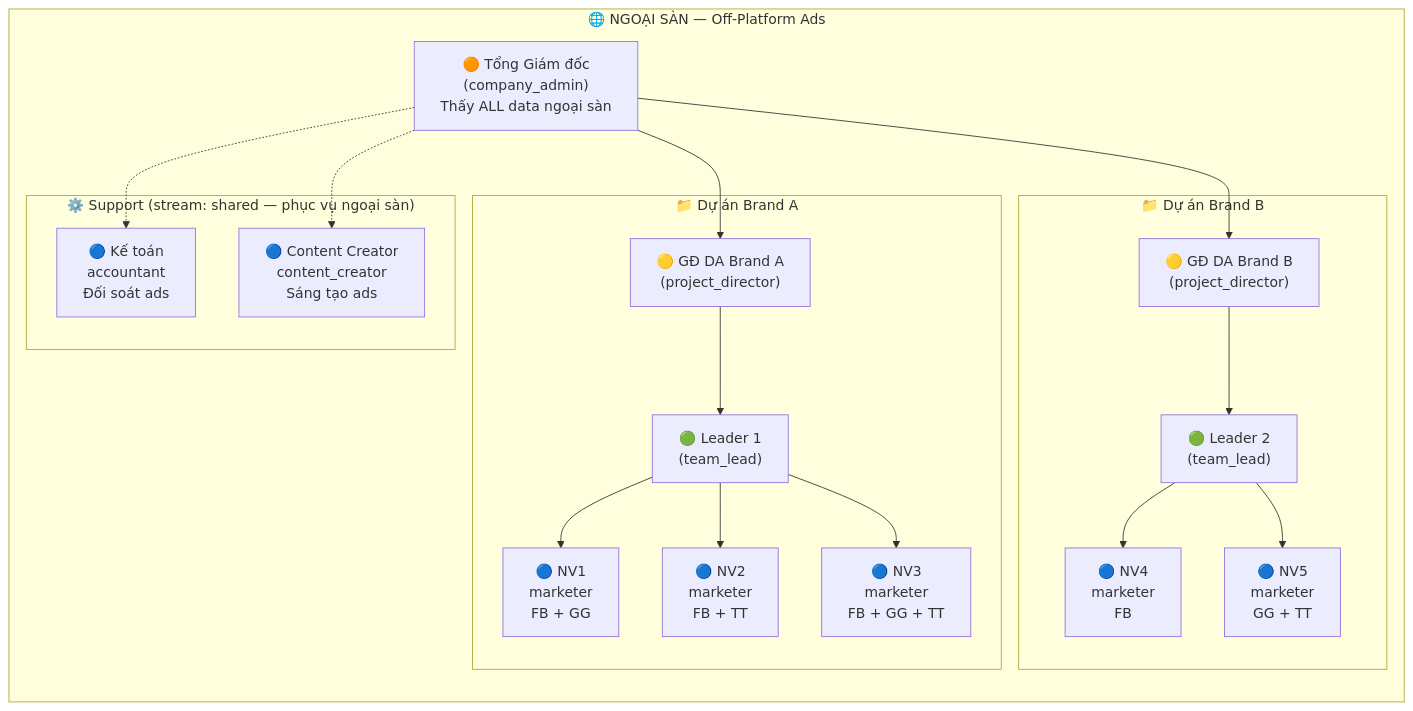
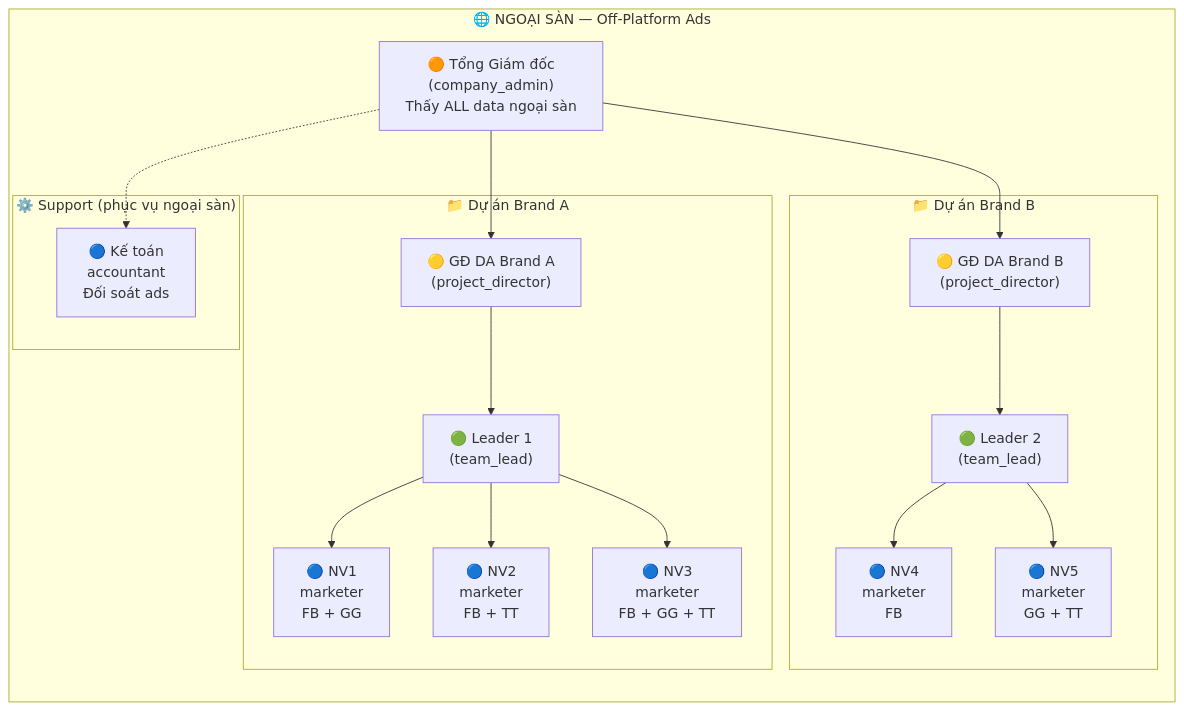
One commit to cucucha113-dotcom/Xcap-Management-Platform changed the first of 6 diagrams in docs/system-diagrams/ngoai_san_account_system.md. Above: the diagram before and after it, drawn with Mermaid. The commit also changed other lines of this file, not shown here.

First line of the commit message:
🔧 Bỏ content_creator khỏi hệ thống ngoại sàn

````diff
--- a/docs/system-diagrams/ngoai_san_account_system.md
+++ b/docs/system-diagrams/ngoai_san_account_system.md
@@ -11,40 +11,38 @@
 ```mermaid
 graph TB
     subgraph NGOAI_SAN["🌐 NGOẠI SÀN — Off-Platform Ads"]
         direction TB
         
         TGD["🟠 Tổng Giám đốc<br/>(company_admin)<br/>Thấy ALL data ngoại sàn"]
         
         subgraph DA1["📁 Dự án Brand A"]
             GD_DA1["🟡 GĐ DA Brand A<br/>(project_director)"]
             L1["🟢 Leader 1<br/>(team_lead)"]
             NV1["🔵 NV1<br/>marketer<br/>FB + GG"]
             NV2["🔵 NV2<br/>marketer<br/>FB + TT"]
             NV3["🔵 NV3<br/>marketer<br/>FB + GG + TT"]
         end
         
         subgraph DA2["📁 Dự án Brand B"]
             GD_DA2["🟡 GĐ DA Brand B<br/>(project_director)"]
             L2["🟢 Leader 2<br/>(team_lead)"]
             NV4["🔵 NV4<br/>marketer<br/>FB"]
             NV5["🔵 NV5<br/>marketer<br/>GG + TT"]
         end
         
-        subgraph SUPPORT["⚙️ Support (stream: shared — phục vụ ngoại sàn)"]
+        subgraph SUPPORT["⚙️ Support (phục vụ ngoại sàn)"]
             KT["🔵 Kế toán<br/>accountant<br/>Đối soát ads"]
-            CC["🔵 Content Creator<br/>content_creator<br/>Sáng tạo ads"]
         end
     end
     
     TGD --> GD_DA1
     TGD --> GD_DA2
     GD_DA1 --> L1
     L1 --> NV1
     L1 --> NV2
     L1 --> NV3
     GD_DA2 --> L2
     L2 --> NV4
     L2 --> NV5
     TGD -.-> KT
-    TGD -.-> CC
 ```
````
